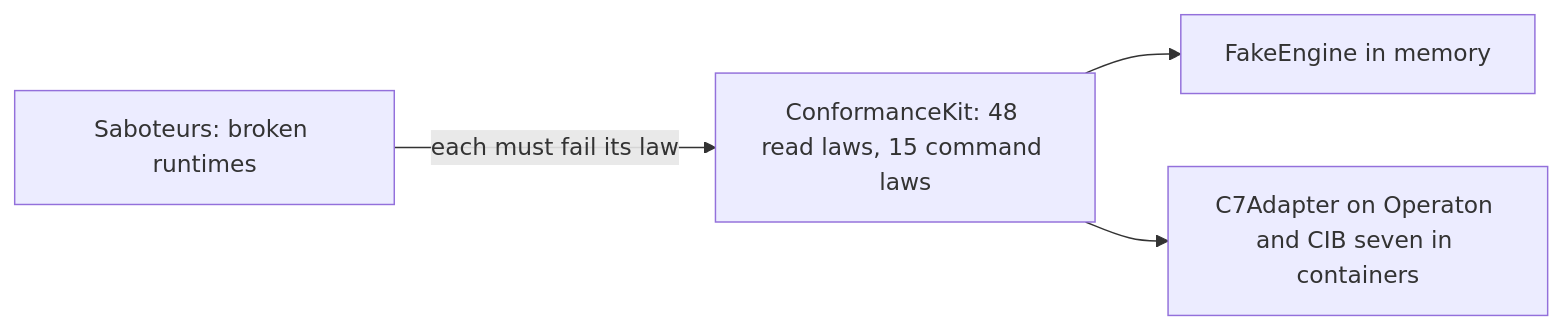
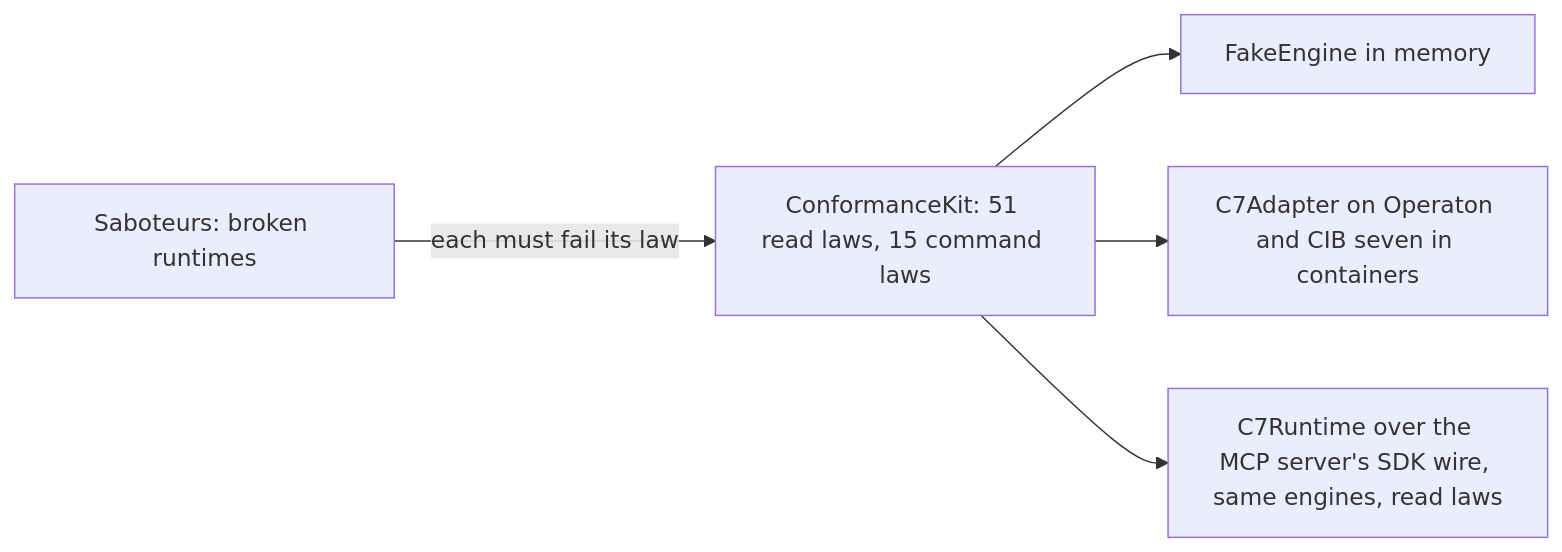
One commit to Miragon/pulse changed the diagram in apps/vscode/docs/adr/runtime-contract.md. Above: the diagram before and after it, drawn with Mermaid. The commit also changed other lines of this file and 1868 other files, not shown here.

First line of the commit message:
refactor!: one shared base for the editor hosts, the MCP server and the web app (#617)

````diff
--- a/apps/vscode/docs/adr/runtime-contract.md
+++ b/apps/vscode/docs/adr/runtime-contract.md
@@ -231,7 +266,8 @@
 ```mermaid
 flowchart LR
-  kit[ConformanceKit: 48 read laws, 15 command laws]
+  kit[ConformanceKit: 51 read laws, 15 command laws]
   kit --> fake[FakeEngine in memory]
   kit --> c7[C7Adapter on Operaton and CIB seven in containers]
+  kit --> mcp[C7Runtime over the MCP server's SDK wire, same engines, read laws]
   saboteurs[Saboteurs: broken runtimes] -- each must fail its law --> kit
 ```
````
